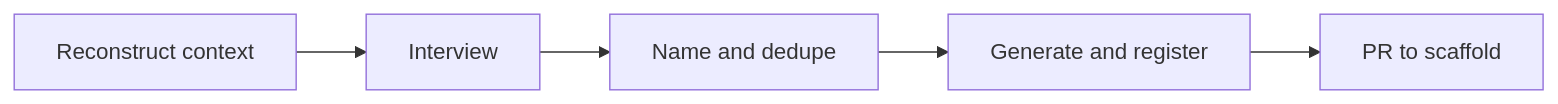
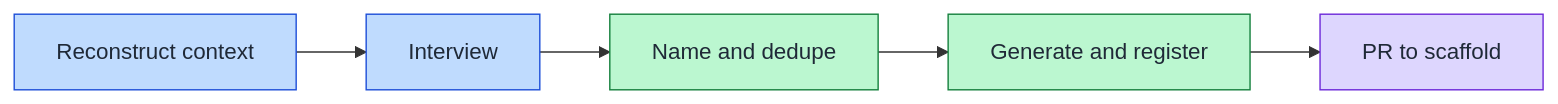
The diagram in docs/diagrams/pages/skillify.md (victusfate/scaffold), drawn with Mermaid before and after one commit. The commit also changed other lines of this file and 20 other files, not shown here.

First line of the commit message:
docs(diagram-explorer-md): lane colors from the diagram palette; short LLM block

````diff
--- a/docs/diagrams/pages/skillify.md
+++ b/docs/diagrams/pages/skillify.md
@@ -7,7 +7,13 @@
 ```mermaid
 flowchart LR
   n_context["Reconstruct context"] --> n_interview["Interview"]
   n_interview["Interview"] --> n_name["Name and dedupe"]
   n_name["Name and dedupe"] --> n_generate["Generate and register"]
   n_generate["Generate and register"] --> n_upstream["PR to scaffold"]
+  classDef lane0 fill:#bfdbfe,stroke:#1d4ed8,color:#1f2937
+  classDef lane1 fill:#bbf7d0,stroke:#15803d,color:#1f2937
+  classDef lane2 fill:#ddd6fe,stroke:#6d28d9,color:#1f2937
+  class n_context,n_interview lane0
+  class n_name,n_generate lane1
+  class n_upstream lane2
 ```
````
